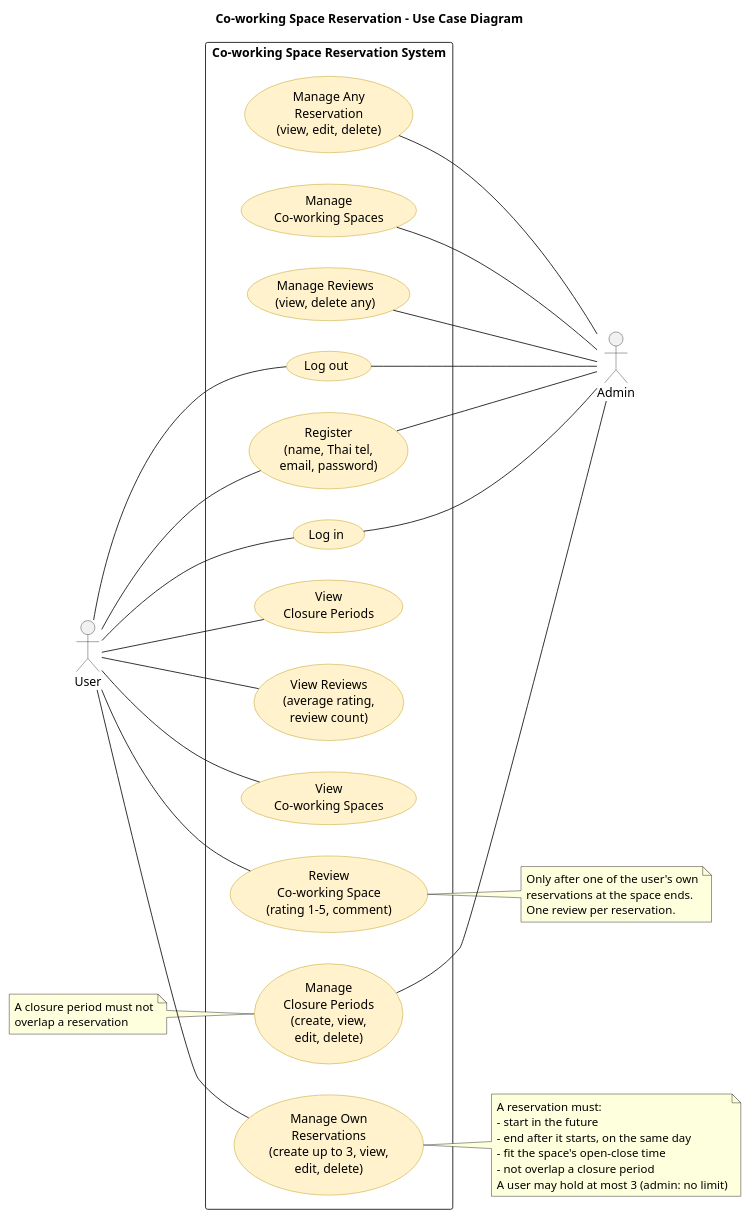
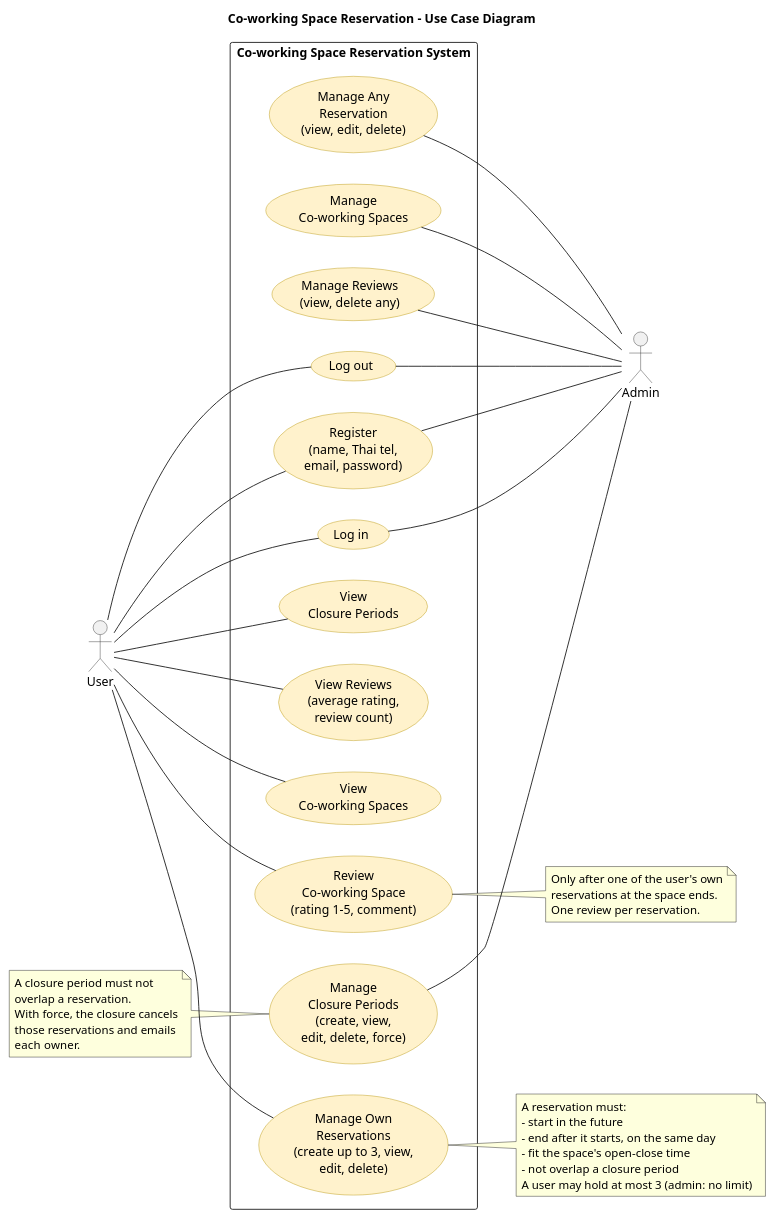
The diagram in docs/diagrams/usecase.puml (TonBoonchai/Co-working-Space-Reservation), drawn with PlantUML before and after one commit. The commit also changed 11 other files, not shown here.

Commit message:
feat: add force closure with cancellation emails (#7)

```diff
--- a/docs/diagrams/usecase.puml
+++ b/docs/diagrams/usecase.puml
@@ -1,65 +1,68 @@
 @startuml
 title Co-working Space Reservation - Use Case Diagram
 left to right direction
 skinparam packageStyle rectangle
 skinparam usecase {
   BackgroundColor #FFF2CC
   BorderColor #B7950B
 }
 skinparam actorBorderColor #333333
 
 actor "User" as user
 actor "Admin" as admin
 
 rectangle "Co-working Space Reservation System" {
   usecase "Register\n(name, Thai tel,\nemail, password)" as register
   usecase "Log in" as login
   usecase "Log out" as logout
   usecase "View\nCo-working Spaces" as viewSpaces
   usecase "View\nClosure Periods" as viewClosures
   usecase "View Reviews\n(average rating,\nreview count)" as viewReviews
   usecase "Review\nCo-working Space\n(rating 1-5, comment)" as review
   usecase "Manage Own\nReservations\n(create up to 3, view,\nedit, delete)" as manageOwn
   usecase "Manage Any\nReservation\n(view, edit, delete)" as manageAny
   usecase "Manage\nCo-working Spaces" as manageSpaces
-  usecase "Manage\nClosure Periods\n(create, view,\nedit, delete)" as manageClosures
+  usecase "Manage\nClosure Periods\n(create, view,\nedit, delete, force)" as manageClosures
   usecase "Manage Reviews\n(view, delete any)" as manageReviews
 }
 
 user -- register
 user -- login
 user -- logout
 user -- viewSpaces
 user -- viewClosures
 user -- manageOwn
 user -- viewReviews
 user -- review
 
 register -- admin
 login -- admin
 logout -- admin
 manageAny -- admin
 manageSpaces -- admin
 manageClosures -- admin
 manageReviews -- admin
 
 note right of manageOwn
   A reservation must:
   - start in the future
   - end after it starts, on the same day
   - fit the space's open-close time
   - not overlap a closure period
   A user may hold at most 3 (admin: no limit)
 end note
 
 note right of review
   Only after one of the user's own
   reservations at the space ends.
   One review per reservation.
 end note
 
 note left of manageClosures
   A closure period must not
-  overlap a reservation
+  overlap a reservation.
+  With force, the closure cancels
+  those reservations and emails
+  each owner.
 end note
 @enduml
```
